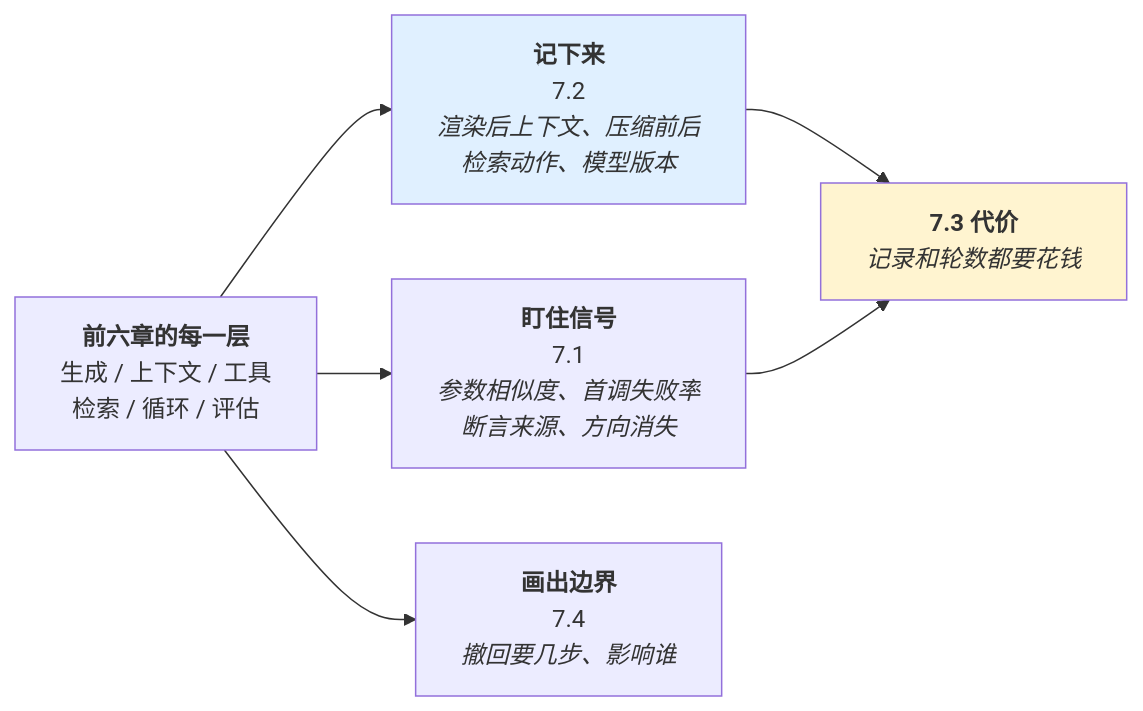
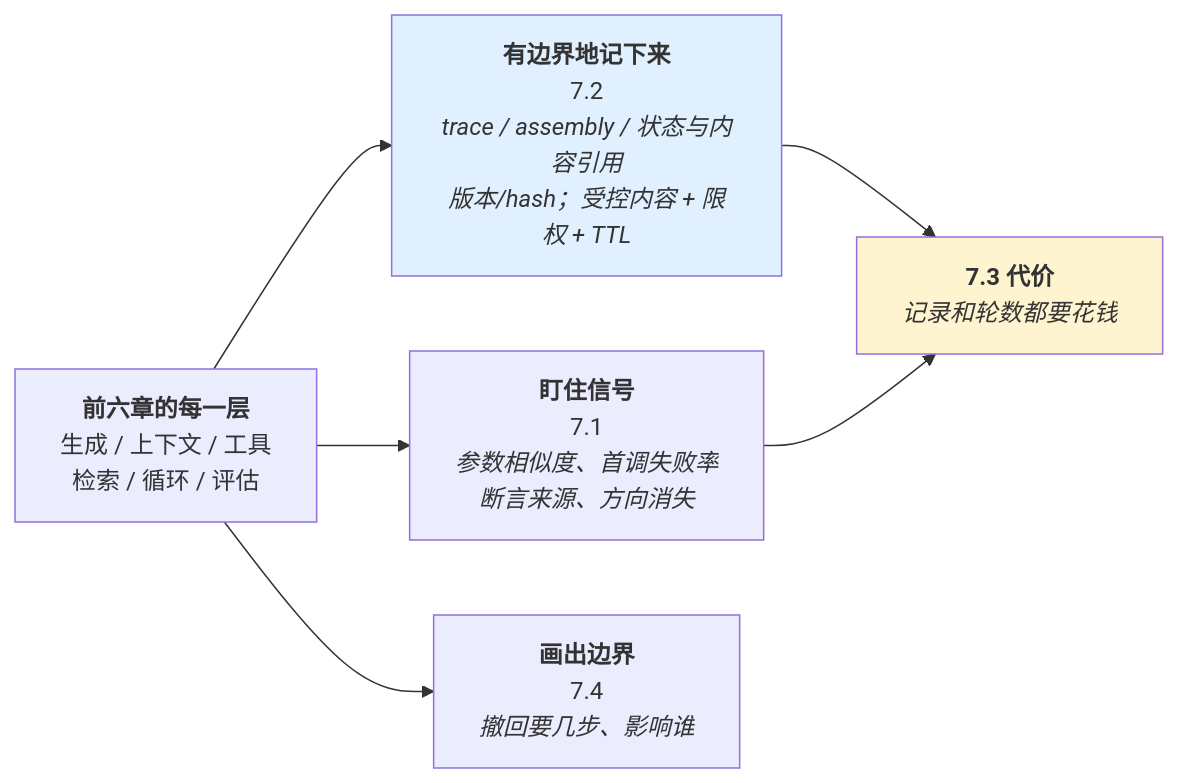
Before and after one commit to didadila/ai-agent-handbook: the tenth of 11 diagrams in handbook/ai-agent/07-失败模式与工程化.md, drawn with Mermaid. The commit also changed other lines of this file and 211 other files, not shown here.

````diff
--- a/handbook/ai-agent/07-失败模式与工程化.md
+++ b/handbook/ai-agent/07-失败模式与工程化.md
@@ -856,14 +866,14 @@
 ```mermaid
 flowchart LR
     CH["<b>前六章的每一层</b><br/>生成 / 上下文 / 工具<br/>检索 / 循环 / 评估"]
 
-    CH --> R["<b>记下来</b><br/>7.2<br/><i>渲染后上下文、压缩前后<br/>检索动作、模型版本</i>"]
+    CH --> R["<b>有边界地记下来</b><br/>7.2<br/><i>trace / assembly / 状态与内容引用<br/>版本/hash；受控内容 + 限权 + TTL</i>"]
     CH --> S["<b>盯住信号</b><br/>7.1<br/><i>参数相似度、首调失败率<br/>断言来源、方向消失</i>"]
     CH --> L["<b>画出边界</b><br/>7.4<br/><i>撤回要几步、影响谁</i>"]
 
     R --> COST["<b>7.3 代价</b><br/><i>记录和轮数都要花钱</i>"]
     S --> COST
 
     style R fill:#e0f0ff
     style COST fill:#fff4d0
 ```
````
